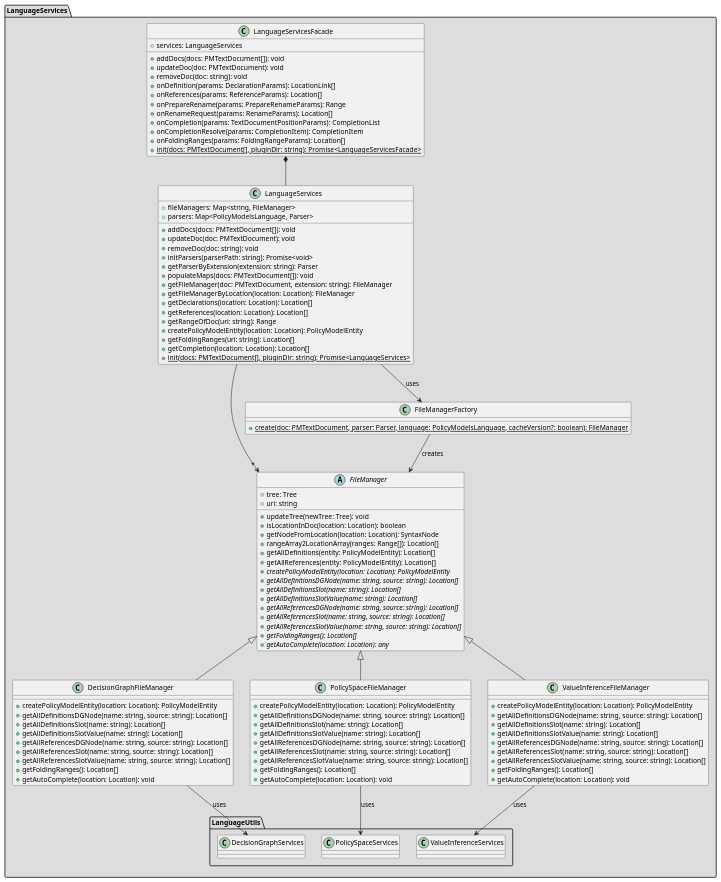
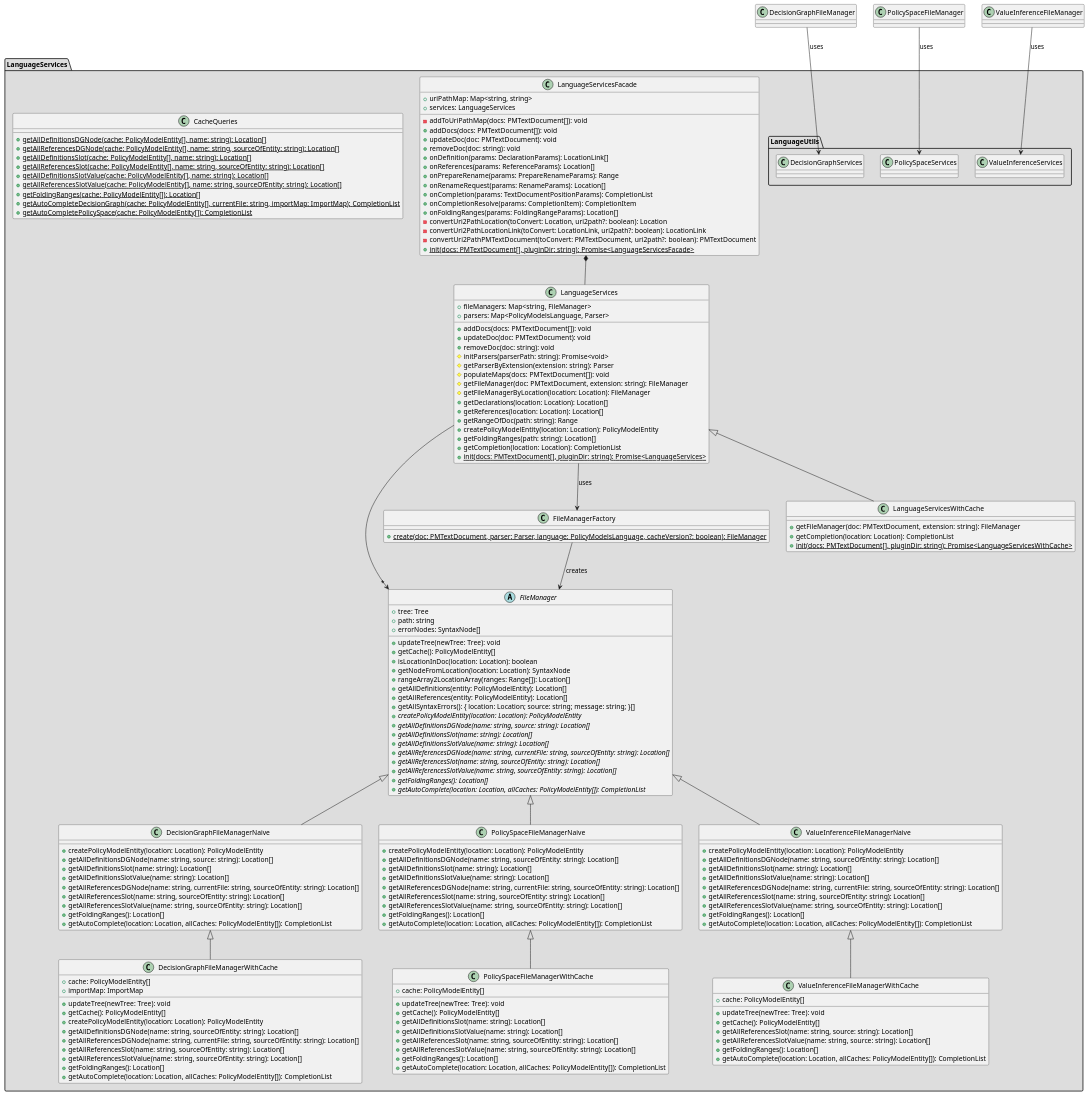
The diagram in diagrams/server/LanguageServices.puml (wolfj123/PolicyModelsPlugin), drawn with PlantUML before and after one commit. The commit also changed 2 other files, not shown here.

Commit message:
update diagrams

```diff
--- a/diagrams/server/LanguageServices.puml
+++ b/diagrams/server/LanguageServices.puml
@@ -1,121 +1,179 @@
 @startuml
 
 'skinparam style strictuml
 'top to bottom direction
 'left to right direction
 
 allowmixing
 
 package LanguageServices #DDDDDD {
 
     class LanguageServicesFacade {
-        +services: LanguageServices
-        +addDocs(docs: PMTextDocument[]): void
-        +updateDoc(doc: PMTextDocument): void
-        +removeDoc(doc: string): void
-        +onDefinition(params: DeclarationParams): LocationLink[]
-        +onReferences(params: ReferenceParams): Location[]
-        +onPrepareRename(params: PrepareRenameParams): Range
-        +onRenameRequest(params: RenameParams): Location[]
-        +onCompletion(params: TextDocumentPositionParams): CompletionList
-        +onCompletionResolve(params: CompletionItem): CompletionItem
-        +onFoldingRanges(params: FoldingRangeParams): Location[]
-        +{static} init(docs: PMTextDocument[], pluginDir: string): Promise<LanguageServicesFacade>
+    +uriPathMap: Map<string, string>
+    +services: LanguageServices
+    -addToUriPathMap(docs: PMTextDocument[]): void
+    +addDocs(docs: PMTextDocument[]): void
+    +updateDoc(doc: PMTextDocument): void
+    +removeDoc(doc: string): void
+    +onDefinition(params: DeclarationParams): LocationLink[]
+    +onReferences(params: ReferenceParams): Location[]
+    +onPrepareRename(params: PrepareRenameParams): Range
+    +onRenameRequest(params: RenameParams): Location[]
+    +onCompletion(params: TextDocumentPositionParams): CompletionList
+    +onCompletionResolve(params: CompletionItem): CompletionItem
+    +onFoldingRanges(params: FoldingRangeParams): Location[]
+    -convertUri2PathLocation(toConvert: Location, uri2path?: boolean): Location
+    -convertUri2PathLocationLink(toConvert: LocationLink, uri2path?: boolean): LocationLink
+    -convertUri2PathPMTextDocument(toConvert: PMTextDocument, uri2path?: boolean): PMTextDocument
+    +{static} init(docs: PMTextDocument[], pluginDir: string): Promise<LanguageServicesFacade>
     }
     class LanguageServices {
-        +fileManagers: Map<string, FileManager>
-        +parsers: Map<PolicyModelsLanguage, Parser>
-        +addDocs(docs: PMTextDocument[]): void
-        +updateDoc(doc: PMTextDocument): void
-        +removeDoc(doc: string): void
-        +initParsers(parserPath: string): Promise<void>
-        +getParserByExtension(extension: string): Parser
-        +populateMaps(docs: PMTextDocument[]): void
-        +getFileManager(doc: PMTextDocument, extension: string): FileManager
-        +getFileManagerByLocation(location: Location): FileManager
-        +getDeclarations(location: Location): Location[]
-        +getReferences(location: Location): Location[]
-        +getRangeOfDoc(uri: string): Range
-        +createPolicyModelEntity(location: Location): PolicyModelEntity
-        +getFoldingRanges(uri: string): Location[]
-        +getCompletion(location: Location): Location[]
-        +{static} init(docs: PMTextDocument[], pluginDir: string): Promise<LanguageServices>
+    +fileManagers: Map<string, FileManager>
+    +parsers: Map<PolicyModelsLanguage, Parser>
+    +addDocs(docs: PMTextDocument[]): void
+    +updateDoc(doc: PMTextDocument): void
+    +removeDoc(doc: string): void
+    #initParsers(parserPath: string): Promise<void>
+    #getParserByExtension(extension: string): Parser
+    #populateMaps(docs: PMTextDocument[]): void
+    #getFileManager(doc: PMTextDocument, extension: string): FileManager
+    #getFileManagerByLocation(location: Location): FileManager
+    +getDeclarations(location: Location): Location[]
+    +getReferences(location: Location): Location[]
+    +getRangeOfDoc(path: string): Range
+    +createPolicyModelEntity(location: Location): PolicyModelEntity
+    +getFoldingRanges(path: string): Location[]
+    +getCompletion(location: Location): CompletionList
+    +{static} init(docs: PMTextDocument[], pluginDir: string): Promise<LanguageServices>
     }
     abstract class FileManager {
         +tree: Tree
-        +uri: string
+        +path: string
+        +errorNodes: SyntaxNode[]
         +updateTree(newTree: Tree): void
+        +getCache(): PolicyModelEntity[]
         +isLocationInDoc(location: Location): boolean
         +getNodeFromLocation(location: Location): SyntaxNode
         +rangeArray2LocationArray(ranges: Range[]): Location[]
         +getAllDefinitions(entity: PolicyModelEntity): Location[]
         +getAllReferences(entity: PolicyModelEntity): Location[]
+        +getAllSyntaxErrors(): { location: Location; source: string; message: string; }[]
         +{abstract} createPolicyModelEntity(location: Location): PolicyModelEntity
         +{abstract} getAllDefinitionsDGNode(name: string, source: string): Location[]
         +{abstract} getAllDefinitionsSlot(name: string): Location[]
         +{abstract} getAllDefinitionsSlotValue(name: string): Location[]
-        +{abstract} getAllReferencesDGNode(name: string, source: string): Location[]
-        +{abstract} getAllReferencesSlot(name: string, source: string): Location[]
-        +{abstract} getAllReferencesSlotValue(name: string, source: string): Location[]
+        +{abstract} getAllReferencesDGNode(name: string, currentFile: string, sourceOfEntity: string): Location[]
+        +{abstract} getAllReferencesSlot(name: string, sourceOfEntity: string): Location[]
+        +{abstract} getAllReferencesSlotValue(name: string, sourceOfEntity: string): Location[]
         +{abstract} getFoldingRanges(): Location[]
-        +{abstract} getAutoComplete(location: Location): any
+        +{abstract} getAutoComplete(location: Location, allCaches: PolicyModelEntity[]): CompletionList
     }
     class FileManagerFactory {
         +{static} create(doc: PMTextDocument, parser: Parser, language: PolicyModelsLanguage, cacheVersion?: boolean): FileManager
     }
-    class DecisionGraphFileManager extends FileManager {
+    class DecisionGraphFileManagerNaive extends FileManager {
         +createPolicyModelEntity(location: Location): PolicyModelEntity
         +getAllDefinitionsDGNode(name: string, source: string): Location[]
         +getAllDefinitionsSlot(name: string): Location[]
         +getAllDefinitionsSlotValue(name: string): Location[]
-        +getAllReferencesDGNode(name: string, source: string): Location[]
+        +getAllReferencesDGNode(name: string, currentFile: string, sourceOfEntity: string): Location[]
+        +getAllReferencesSlot(name: string, sourceOfEntity: string): Location[]
+        +getAllReferencesSlotValue(name: string, sourceOfEntity: string): Location[]
+        +getFoldingRanges(): Location[]
+        +getAutoComplete(location: Location, allCaches: PolicyModelEntity[]): CompletionList
+    }
+    class PolicySpaceFileManagerNaive extends FileManager {
+        +createPolicyModelEntity(location: Location): PolicyModelEntity
+        +getAllDefinitionsDGNode(name: string, sourceOfEntity: string): Location[]
+        +getAllDefinitionsSlot(name: string): Location[]
+        +getAllDefinitionsSlotValue(name: string): Location[]
+        +getAllReferencesDGNode(name: string, currentFile: string, sourceOfEntity: string): Location[]
+        +getAllReferencesSlot(name: string, sourceOfEntity: string): Location[]
+        +getAllReferencesSlotValue(name: string, sourceOfEntity: string): Location[]
+        +getFoldingRanges(): Location[]
+        +getAutoComplete(location: Location, allCaches: PolicyModelEntity[]): CompletionList
+    }
+    class ValueInferenceFileManagerNaive extends FileManager {
+        +createPolicyModelEntity(location: Location): PolicyModelEntity
+        +getAllDefinitionsDGNode(name: string, sourceOfEntity: string): Location[]
+        +getAllDefinitionsSlot(name: string): Location[]
+        +getAllDefinitionsSlotValue(name: string): Location[]
+        +getAllReferencesDGNode(name: string, currentFile: string, sourceOfEntity: string): Location[]
+        +getAllReferencesSlot(name: string, sourceOfEntity: string): Location[]
+        +getAllReferencesSlotValue(name: string, sourceOfEntity: string): Location[]
+        +getFoldingRanges(): Location[]
+        +getAutoComplete(location: Location, allCaches: PolicyModelEntity[]): CompletionList
+    }
+
+    class LanguageServicesWithCache extends LanguageServices {
+    +getFileManager(doc: PMTextDocument, extension: string): FileManager
+    +getCompletion(location: Location): CompletionList
+    +{static} init(docs: PMTextDocument[], pluginDir: string): Promise<LanguageServicesWithCache>
+    }
+    class DecisionGraphFileManagerWithCache extends DecisionGraphFileManagerNaive {
+        +cache: PolicyModelEntity[]
+        +importMap: ImportMap
+        +updateTree(newTree: Tree): void
+        +getCache(): PolicyModelEntity[]
+        +createPolicyModelEntity(location: Location): PolicyModelEntity
+        +getAllDefinitionsDGNode(name: string, sourceOfEntity: string): Location[]
+        +getAllReferencesDGNode(name: string, currentFile: string, sourceOfEntity: string): Location[]
+        +getAllReferencesSlot(name: string, sourceOfEntity: string): Location[]
+        +getAllReferencesSlotValue(name: string, sourceOfEntity: string): Location[]
+        +getFoldingRanges(): Location[]
+        +getAutoComplete(location: Location, allCaches: PolicyModelEntity[]): CompletionList
+    }
+    class PolicySpaceFileManagerWithCache extends PolicySpaceFileManagerNaive {
+        +cache: PolicyModelEntity[]
+        +updateTree(newTree: Tree): void
+        +getCache(): PolicyModelEntity[]
+        +getAllDefinitionsSlot(name: string): Location[]
+        +getAllDefinitionsSlotValue(name: string): Location[]
+        +getAllReferencesSlot(name: string, sourceOfEntity: string): Location[]
+        +getAllReferencesSlotValue(name: string, sourceOfEntity: string): Location[]
+        +getFoldingRanges(): Location[]
+        +getAutoComplete(location: Location, allCaches: PolicyModelEntity[]): CompletionList
+    }
+    class ValueInferenceFileManagerWithCache extends ValueInferenceFileManagerNaive {
+        +cache: PolicyModelEntity[]
+        +updateTree(newTree: Tree): void
+        +getCache(): PolicyModelEntity[]
         +getAllReferencesSlot(name: string, source: string): Location[]
         +getAllReferencesSlotValue(name: string, source: string): Location[]
         +getFoldingRanges(): Location[]
-        +getAutoComplete(location: Location): void
+        +getAutoComplete(location: Location, allCaches: PolicyModelEntity[]): CompletionList
     }
-    class PolicySpaceFileManager extends FileManager {
-        +createPolicyModelEntity(location: Location): PolicyModelEntity
-        +getAllDefinitionsDGNode(name: string, source: string): Location[]
-        +getAllDefinitionsSlot(name: string): Location[]
-        +getAllDefinitionsSlotValue(name: string): Location[]
-        +getAllReferencesDGNode(name: string, source: string): Location[]
-        +getAllReferencesSlot(name: string, source: string): Location[]
-        +getAllReferencesSlotValue(name: string, source: string): Location[]
-        +getFoldingRanges(): Location[]
-        +getAutoComplete(location: Location): void
-    }
-    class ValueInferenceFileManager extends FileManager {
-        +createPolicyModelEntity(location: Location): PolicyModelEntity
-        +getAllDefinitionsDGNode(name: string, source: string): Location[]
-        +getAllDefinitionsSlot(name: string): Location[]
-        +getAllDefinitionsSlotValue(name: string): Location[]
-        +getAllReferencesDGNode(name: string, source: string): Location[]
-        +getAllReferencesSlot(name: string, source: string): Location[]
-        +getAllReferencesSlotValue(name: string, source: string): Location[]
-        +getFoldingRanges(): Location[]
-        +getAutoComplete(location: Location): void
+    class CacheQueries {
+        +{static} getAllDefinitionsDGNode(cache: PolicyModelEntity[], name: string): Location[]
+        +{static} getAllReferencesDGNode(cache: PolicyModelEntity[], name: string, sourceOfEntity: string): Location[]
+        +{static} getAllDefinitionsSlot(cache: PolicyModelEntity[], name: string): Location[]
+        +{static} getAllReferencesSlot(cache: PolicyModelEntity[], name: string, sourceOfEntity: string): Location[]
+        +{static} getAllDefinitionsSlotValue(cache: PolicyModelEntity[], name: string): Location[]
+        +{static} getAllReferencesSlotValue(cache: PolicyModelEntity[], name: string, sourceOfEntity: string): Location[]
+        +{static} getFoldingRanges(cache: PolicyModelEntity[]): Location[]
+        +{static} getAutoCompleteDecisionGraph(cache: PolicyModelEntity[], currentFile: string, importMap: ImportMap): CompletionList
+        +{static} getAutoCompletePolicySpace(cache: PolicyModelEntity[]): CompletionList
     }
 
     package LanguageUtils #DDDDDD {
         class DecisionGraphServices 
         class PolicySpaceServices
         class ValueInferenceServices
     }
 
  
 
     LanguageServicesFacade *-- LanguageServices
     FileManagerFactory --> FileManager : "creates"
     LanguageServices -->  FileManagerFactory : "uses"
     LanguageServices --> "*" FileManager
 }
 
 DecisionGraphFileManager -down-> DecisionGraphServices : "uses"
 PolicySpaceFileManager -down-> PolicySpaceServices : "uses"
 ValueInferenceFileManager -down-> ValueInferenceServices : "uses"
 
 
 
 
 @enduml
```
